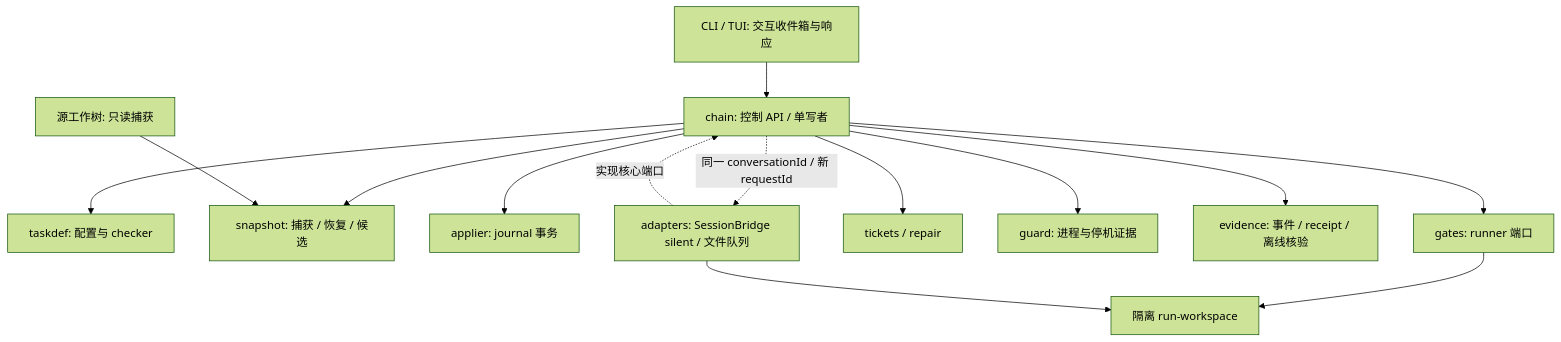
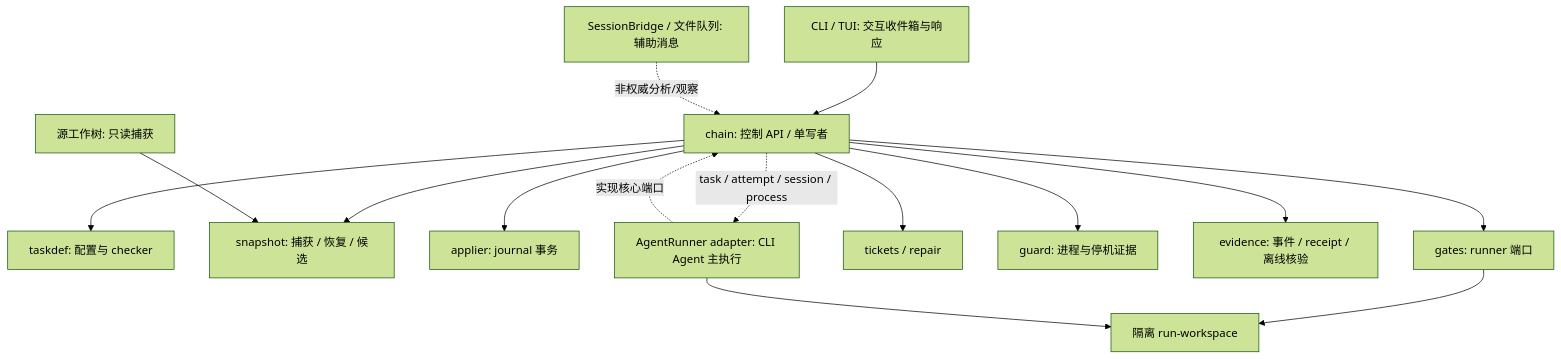
The diagram in docs/ARCHITECTURE.md (larsonzh/prfrail), drawn with Mermaid (forest theme) before and after one commit. The commit also changed other lines of this file and 32 other files, not shown here.

Commit message:
docs: adopt AgentRunner formal execution and supervised black-box candidate

````diff
--- a/docs/ARCHITECTURE.md
+++ b/docs/ARCHITECTURE.md
@@ -13,16 +13,17 @@
 ```mermaid
 flowchart TD
   UI[CLI / TUI: 交互收件箱与响应] --> C[chain: 控制 API / 单写者]
   C --> D[taskdef: 配置与 checker]
   C --> S[snapshot: 捕获 / 恢复 / 候选]
   C --> A[applier: journal 事务]
   C --> G[gates: runner 端口]
   C --> T[tickets / repair]
   C --> W[guard: 进程与停机证据]
   C --> E[evidence: 事件 / receipt / 离线核验]
-  AD[adapters: SessionBridge silent / 文件队列] -. 实现核心端口 .-> C
-  C -. 同一 conversationId / 新 requestId .-> AD
+  AR[AgentRunner adapter: CLI Agent 主执行] -. 实现核心端口 .-> C
+  C -. task / attempt / session / process .-> AR
+  AUX[SessionBridge / 文件队列: 辅助消息] -. 非权威分析/观察 .-> C
   G --> R[隔离 run-workspace]
-  AD --> R
+  AR --> R
   O[源工作树: 只读捕获] --> S
 ```
````
